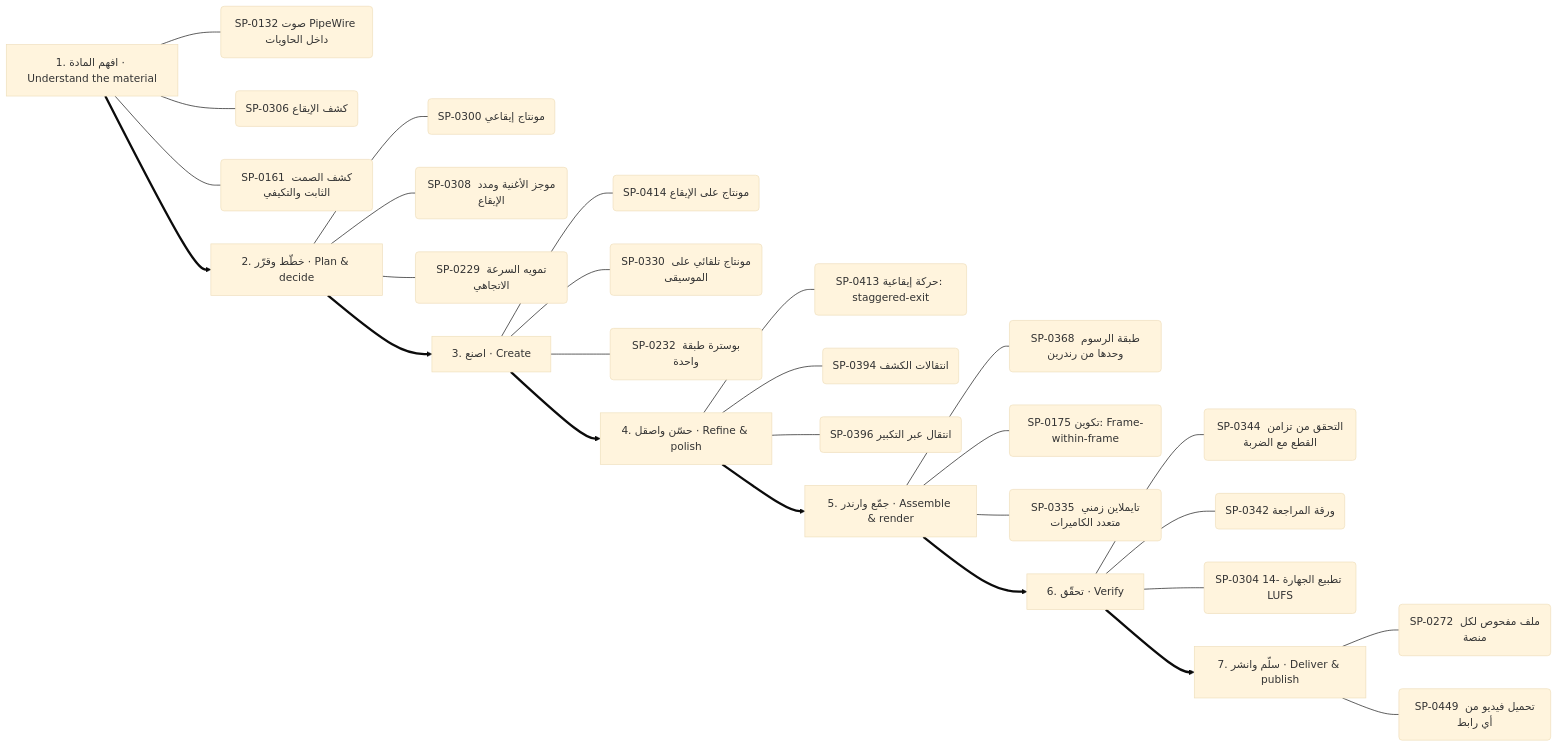
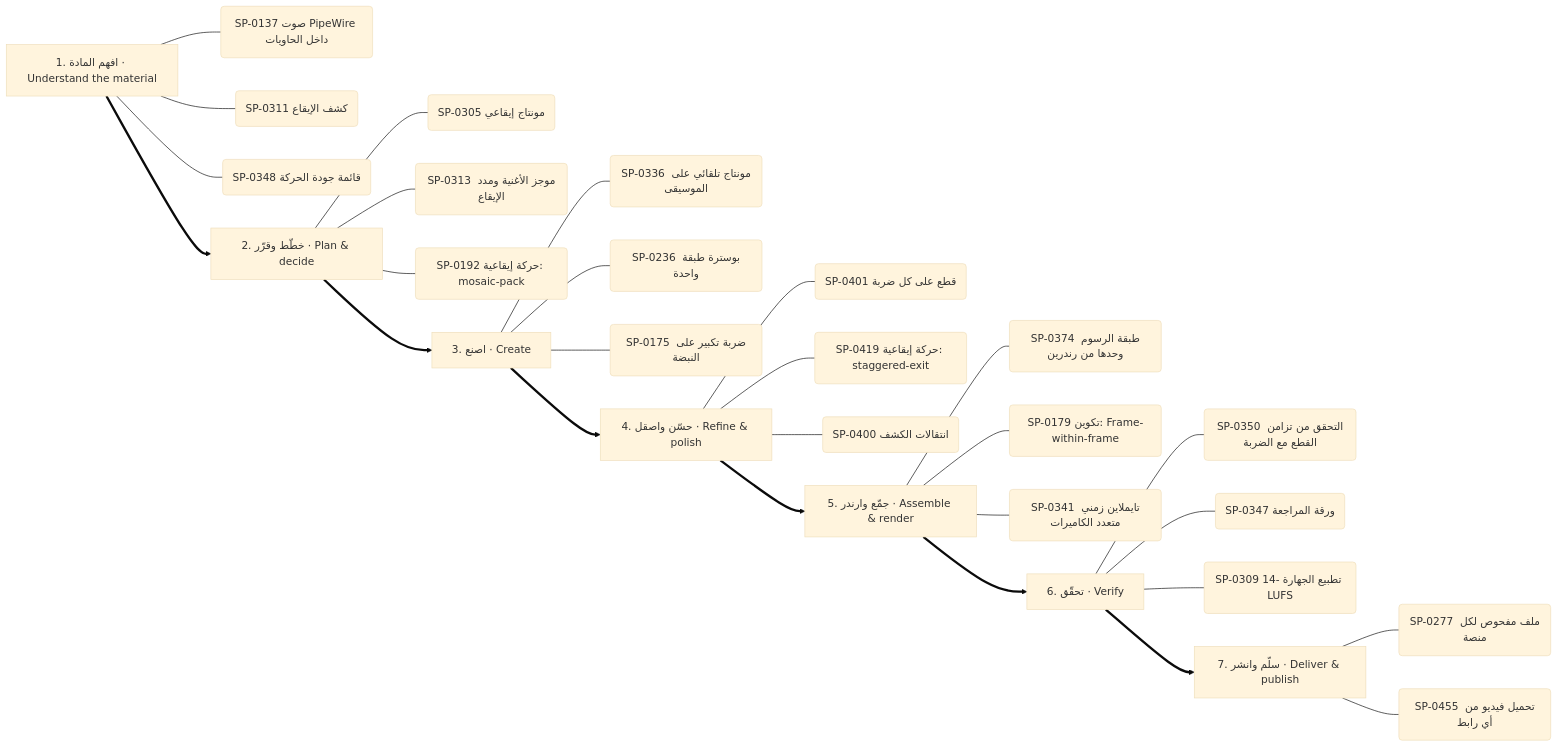
Before and after one commit to kosif199022-jpg/kosif-tool: the third of 13 diagrams in .claude/skills/kosif-superpowers/references/capability-mindmap.md, drawn with Mermaid (base theme). The commit also changed other lines of this file and 146 other files, not shown here.

````diff
--- a/.claude/skills/kosif-superpowers/references/capability-mindmap.md
+++ b/.claude/skills/kosif-superpowers/references/capability-mindmap.md
@@ -176,36 +176,36 @@
 ```mermaid
 flowchart LR
   S0["1. افهم المادة · Understand the material"]
-  S0 --- S0_0("SP-0132 صوت PipeWire داخل الحاويات")
-  S0 --- S0_1("SP-0306 كشف الإيقاع")
-  S0 --- S0_2("SP-0161 كشف الصمت الثابت والتكيفي")
+  S0 --- S0_0("SP-0137 صوت PipeWire داخل الحاويات")
+  S0 --- S0_1("SP-0311 كشف الإيقاع")
+  S0 --- S0_2("SP-0348 قائمة جودة الحركة")
   S1["2. خطّط وقرّر · Plan & decide"]
-  S1 --- S1_0("SP-0300 مونتاج إيقاعي")
-  S1 --- S1_1("SP-0308 موجز الأغنية ومدد الإيقاع")
-  S1 --- S1_2("SP-0229 تمويه السرعة الاتجاهي")
+  S1 --- S1_0("SP-0305 مونتاج إيقاعي")
+  S1 --- S1_1("SP-0313 موجز الأغنية ومدد الإيقاع")
+  S1 --- S1_2("SP-0192 حركة إيقاعية: mosaic-pack")
   S0 ==> S1
   S2["3. اصنع · Create"]
-  S2 --- S2_0("SP-0414 مونتاج على الإيقاع")
-  S2 --- S2_1("SP-0330 مونتاج تلقائي على الموسيقى")
-  S2 --- S2_2("SP-0232 بوسترة طبقة واحدة")
+  S2 --- S2_0("SP-0336 مونتاج تلقائي على الموسيقى")
+  S2 --- S2_1("SP-0236 بوسترة طبقة واحدة")
+  S2 --- S2_2("SP-0175 ضربة تكبير على النبضة")
   S1 ==> S2
   S3["4. حسّن واصقل · Refine & polish"]
-  S3 --- S3_0("SP-0413 حركة إيقاعية: staggered-exit")
-  S3 --- S3_1("SP-0394 انتقالات الكشف")
-  S3 --- S3_2("SP-0396 انتقال عبر التكبير")
+  S3 --- S3_0("SP-0401 قطع على كل ضربة")
+  S3 --- S3_1("SP-0419 حركة إيقاعية: staggered-exit")
+  S3 --- S3_2("SP-0400 انتقالات الكشف")
   S2 ==> S3
   S4["5. جمّع وارندر · Assemble & render"]
-  S4 --- S4_0("SP-0368 طبقة الرسوم وحدها من رندرين")
-  S4 --- S4_1("SP-0175 تكوين: Frame-within-frame")
-  S4 --- S4_2("SP-0335 تايملاين زمني متعدد الكاميرات")
+  S4 --- S4_0("SP-0374 طبقة الرسوم وحدها من رندرين")
+  S4 --- S4_1("SP-0179 تكوين: Frame-within-frame")
+  S4 --- S4_2("SP-0341 تايملاين زمني متعدد الكاميرات")
   S3 ==> S4
   S5["6. تحقّق · Verify"]
-  S5 --- S5_0("SP-0344 التحقق من تزامن القطع مع الضربة")
-  S5 --- S5_1("SP-0342 ورقة المراجعة")
-  S5 --- S5_2("SP-0304 تطبيع الجهارة -14 LUFS")
+  S5 --- S5_0("SP-0350 التحقق من تزامن القطع مع الضربة")
+  S5 --- S5_1("SP-0347 ورقة المراجعة")
+  S5 --- S5_2("SP-0309 تطبيع الجهارة -14 LUFS")
   S4 ==> S5
   S6["7. سلّم وانشر · Deliver & publish"]
-  S6 --- S6_0("SP-0272 ملف مفحوص لكل منصة")
-  S6 --- S6_1("SP-0449 تحميل فيديو من أي رابط")
+  S6 --- S6_0("SP-0277 ملف مفحوص لكل منصة")
+  S6 --- S6_1("SP-0455 تحميل فيديو من أي رابط")
   S5 ==> S6
 ```
````
